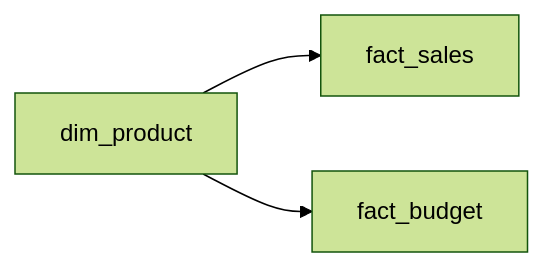
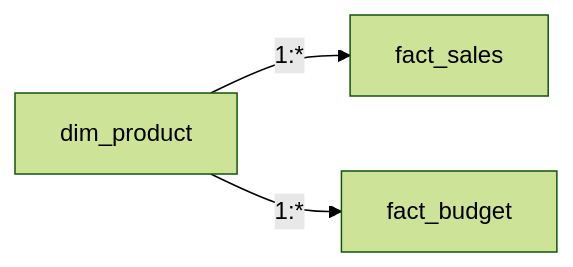
The diagram in docs/theory/lesson_06_multiple_facts.md (gw-ai-security/dimensional-data-modeling-portfolio), drawn with Mermaid (forest theme) before and after one commit. The commit also changed other lines of this file, not shown here.

````diff
--- a/docs/theory/lesson_06_multiple_facts.md
+++ b/docs/theory/lesson_06_multiple_facts.md
@@ -201,5 +104,5 @@
 ```mermaid
 flowchart LR
-    P[dim_product] --> S[fact_sales]
-    P --> B[fact_budget]
+    P[dim_product] -->|1:*| S[fact_sales]
+    P -->|1:*| B[fact_budget]
 ```
````
